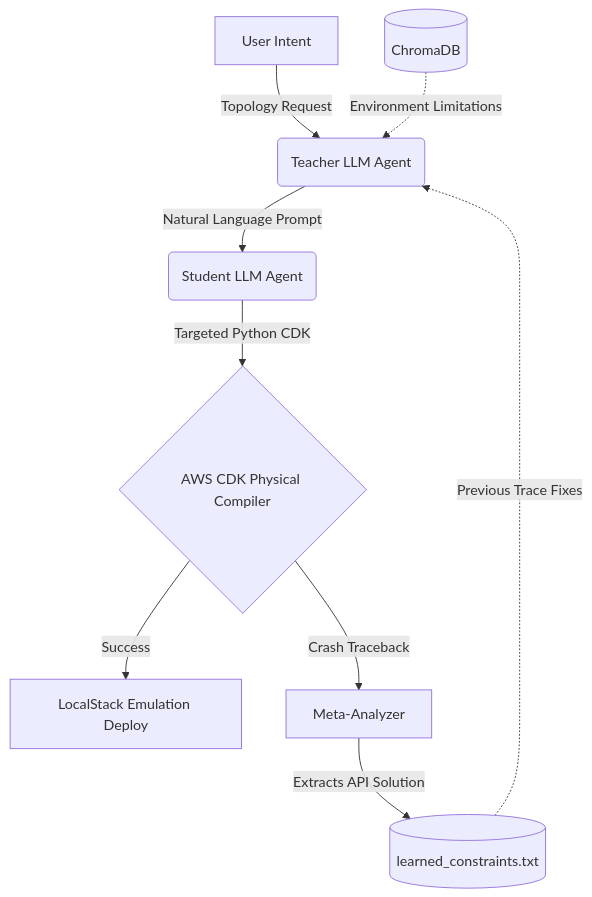
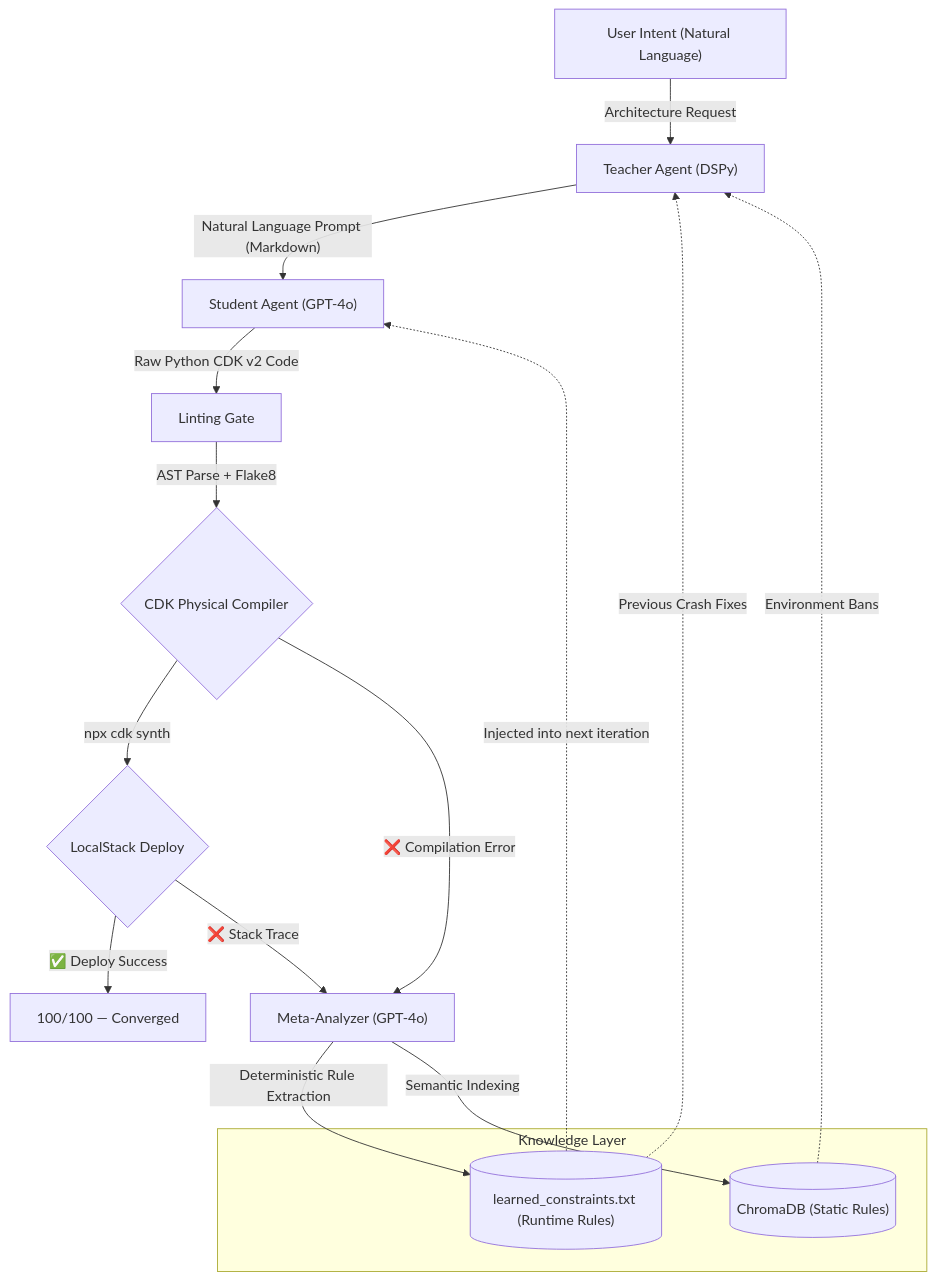
The diagram in README.md (vjb/iac-self-healer), drawn with Mermaid before and after one commit. The commit also changed other lines of this file and 2 other files, not shown here.

Commit message:
docs: Complete README rewrite with Teacher-Student Zero-Trust architecture, dual-layer constraint injection, scoring, and project structure

````diff
--- a/README.md
+++ b/README.md
@@ -11,14 +13,27 @@
 ```mermaid
 graph TD
-    A[User Intent] -->|Topology Request| B(Teacher LLM Agent)
-    C[(ChromaDB)] -.->|Environment Limitations| B
-    H[(learned_constraints.txt)] -.->|Previous Trace Fixes| B
+    A["User Intent (Natural Language)"] -->|Architecture Request| B["Teacher Agent (DSPy)"]
     
-    B -->|Natural Language Prompt| D(Student LLM Agent)
-    D -->|Targeted Python CDK| E{AWS CDK Physical Compiler}
+    subgraph "Knowledge Layer"
+        C[("ChromaDB (Static Rules)")]
+        H[("learned_constraints.txt (Runtime Rules)")]
+    end
     
-    E -- Success --> F[LocalStack Emulation Deploy]
-    E -- Crash Traceback --> G[Meta-Analyzer]
+    C -.->|Environment Bans| B
+    H -.->|Previous Crash Fixes| B
     
-    G -->|Extracts API Solution| H
+    B -->|"Natural Language Prompt (Markdown)"| D["Student Agent (GPT-4o)"]
+    D -->|"Raw Python CDK v2 Code"| E["Linting Gate"]
+    
+    E -->|"AST Parse + Flake8"| F{"CDK Physical Compiler"}
+    F -->|"npx cdk synth"| G{"LocalStack Deploy"}
+    
+    G -- "✅ Deploy Success" --> I["100/100 — Converged"]
+    G -- "❌ Stack Trace" --> J["Meta-Analyzer (GPT-4o)"]
+    F -- "❌ Compilation Error" --> J
+    
+    J -->|"Deterministic Rule Extraction"| H
+    J -->|"Semantic Indexing"| C
+    
+    H -.->|"Injected into next iteration"| D
 ```
````
